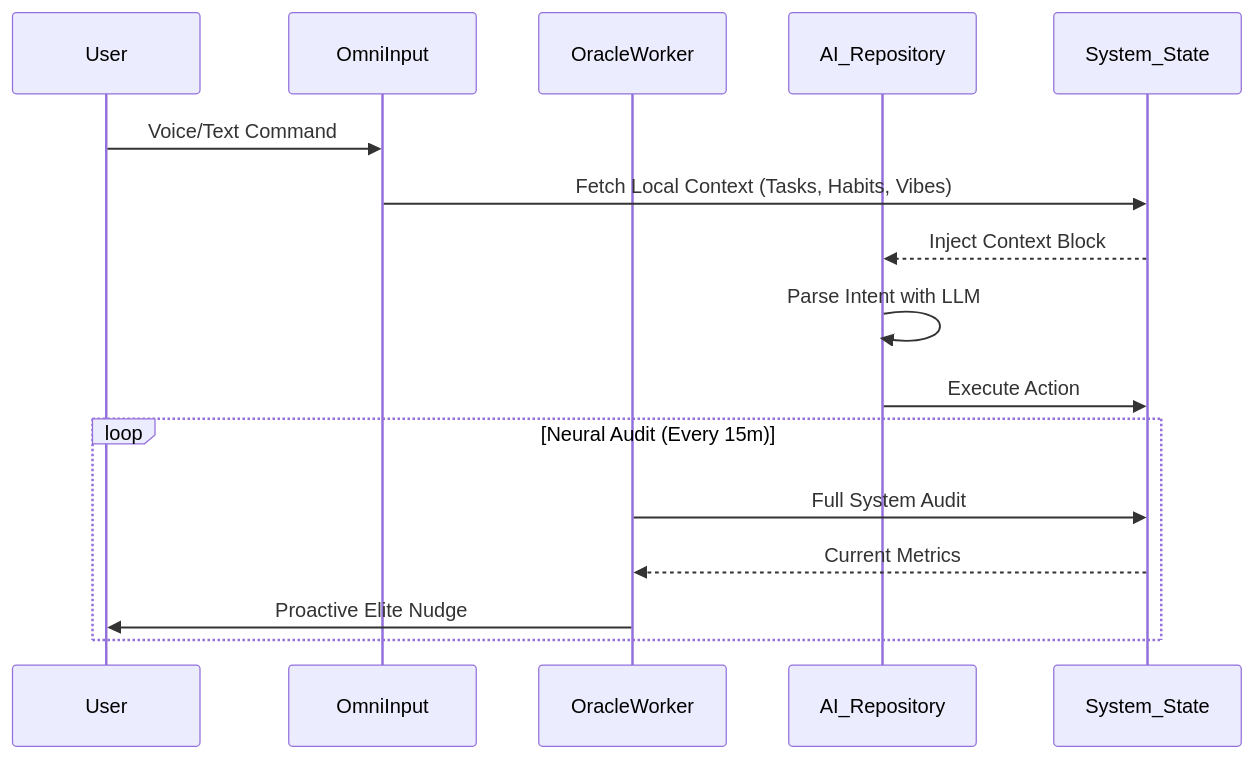
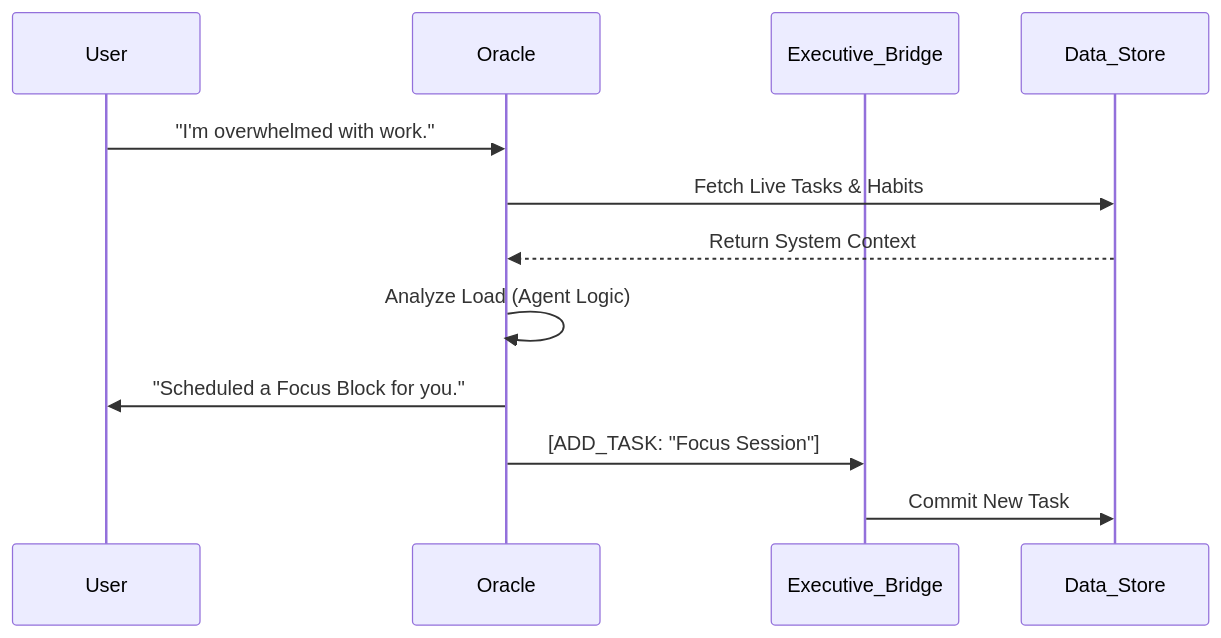
The diagram in README.md (patil-shubham-dev/FlowOS), drawn with Mermaid before and after one commit. The commit also changed other lines of this file, not shown here.

Commit message:
docs: Update README for V2.5 'Neural Sync' with autonomous executive control

````diff
--- a/README.md
+++ b/README.md
@@ -72,20 +55,15 @@
 ```mermaid
 sequenceDiagram
     participant User
-    participant OmniInput
-    participant OracleWorker
-    participant AI_Repository
-    participant System_State
+    participant Oracle
+    participant Executive_Bridge
+    participant Data_Store
 
-    User->>OmniInput: Voice/Text Command
-    OmniInput->>System_State: Fetch Local Context (Tasks, Habits, Vibes)
-    System_State-->>AI_Repository: Inject Context Block
-    AI_Repository->>AI_Repository: Parse Intent with LLM
-    AI_Repository->>System_State: Execute Action
-    
-    loop Neural Audit (Every 15m)
-        OracleWorker->>System_State: Full System Audit
-        System_State-->>OracleWorker: Current Metrics
-        OracleWorker->>User: Proactive Elite Nudge
-    end
+    User->>Oracle: "I'm overwhelmed with work."
+    Oracle->>Data_Store: Fetch Live Tasks & Habits
+    Data_Store-->>Oracle: Return System Context
+    Oracle->>Oracle: Analyze Load (Agent Logic)
+    Oracle->>User: "Scheduled a Focus Block for you."
+    Oracle->>Executive_Bridge: [ADD_TASK: "Focus Session"]
+    Executive_Bridge->>Data_Store: Commit New Task
 ```
````
